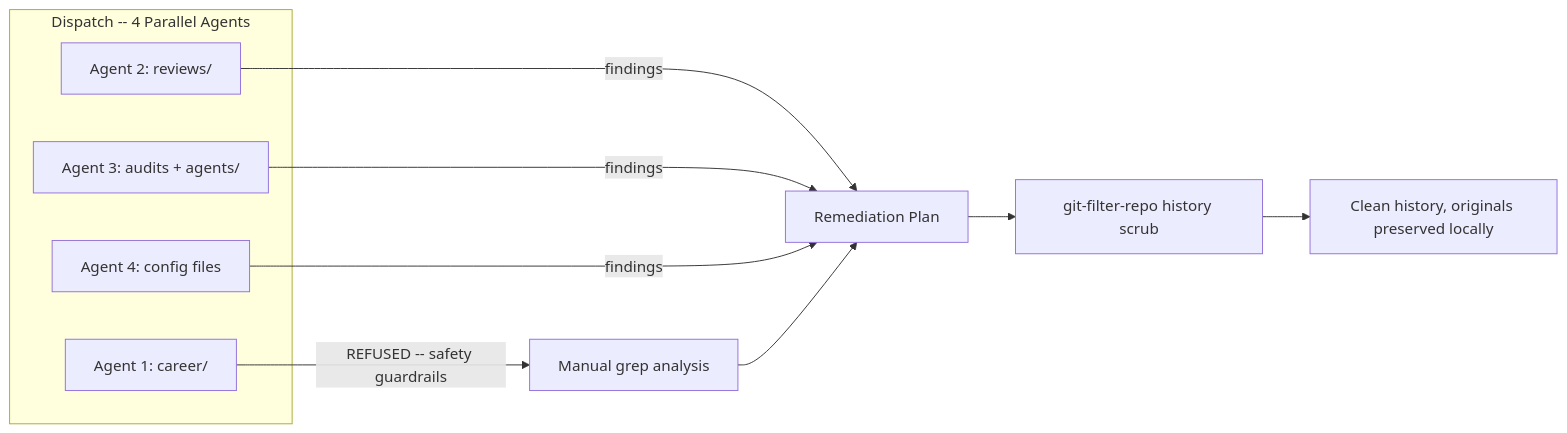
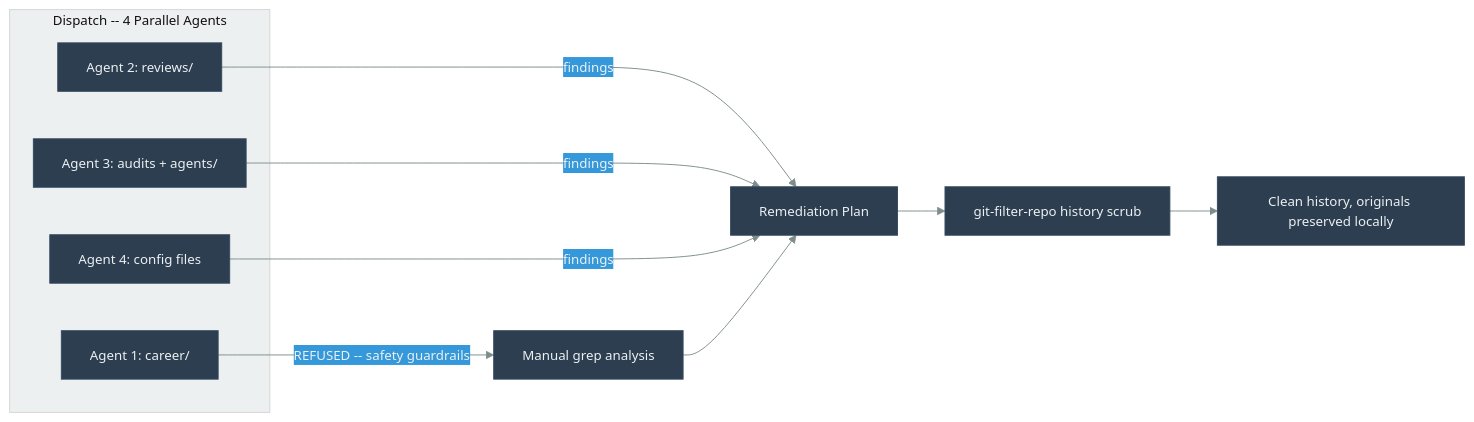
The third of 3 diagrams in case-study-growth-engine.qmd (danielmeppiel/agentic-sdlc-handbook), drawn with Mermaid before and after one commit. The commit also changed other lines of this file and 20 other files, not shown here.

First line of the commit message:
feat: add accessibility metadata and consistent theme to all 35 diagrams

````diff
--- a/case-study-growth-engine.qmd
+++ b/case-study-growth-engine.qmd
@@ -115,17 +127,21 @@
 ```{mermaid}
 %%| fig-width: 4.5
+%%| fig-cap: "PII audit pipeline for email template review"
+%%| fig-alt: "Flowchart showing the PII audit pipeline. Four parallel agents are dispatched: Agent 1 scans career directory, Agent 2 scans reviews directory, Agent 3 scans audits and agents directories, and Agent 4 scans config files. Agent 1 refuses due to safety guardrails and is replaced by manual grep analysis. Agents 2, 3, and 4 produce findings that feed into a Remediation Plan. The manual grep analysis also feeds into the Remediation Plan. The Remediation Plan leads to a git-filter-repo history scrub, which produces clean history with originals preserved locally."
+%%| label: fig-cs-pii-audit
+%%{init: {'theme': 'base', 'themeVariables': {'primaryColor': '#2c3e50', 'primaryTextColor': '#ecf0f1', 'primaryBorderColor': '#34495e', 'lineColor': '#7f8c8d', 'secondaryColor': '#3498db', 'tertiaryColor': '#ecf0f1', 'fontSize': '14px'}}}%%
 flowchart LR
     subgraph "Dispatch -- 4 Parallel Agents"
         A1[Agent 1: career/]
         A2[Agent 2: reviews/]
         A3[Agent 3: audits + agents/]
         A4[Agent 4: config files]
     end
 
     A1 -->|"REFUSED -- safety guardrails"| F1[Manual grep analysis]
     A2 & A3 & A4 -->|findings| R[Remediation Plan]
 
     F1 --> R
     R --> G[git-filter-repo history scrub]
     G --> V[Clean history, originals preserved locally]
 ```
````
